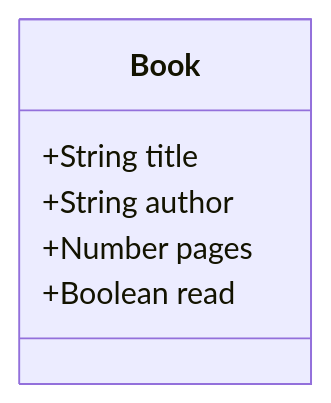
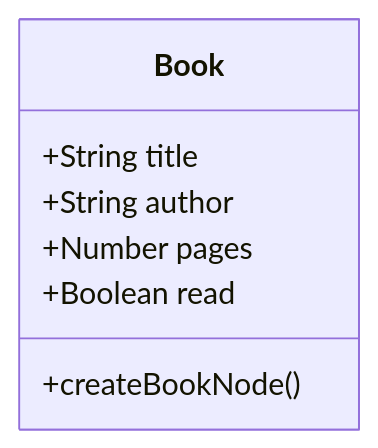
One commit to f2xiao/odin-library changed the diagram in README.md. Above: the diagram before and after it, drawn with Mermaid. The commit also changed other lines of this file, not shown here.

````diff
--- a/README.md
+++ b/README.md
@@ -6,8 +6,9 @@
 ```mermaid
 classDiagram
     class Book
     Book : +String title
     Book : +String author
     Book : +Number pages
     Book : +Boolean read
+    Book : +createBookNode()
 ```
````
